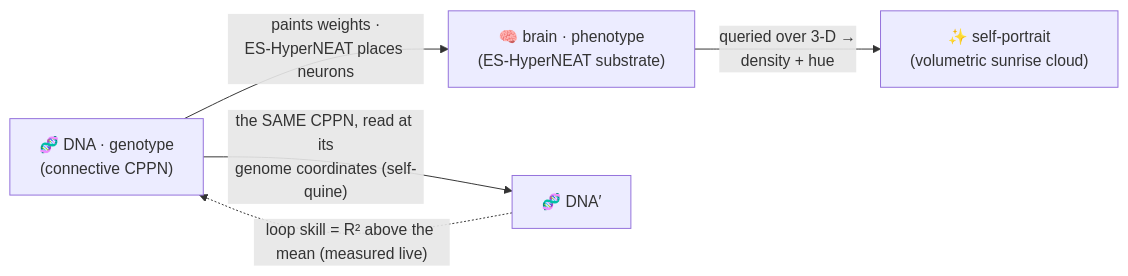
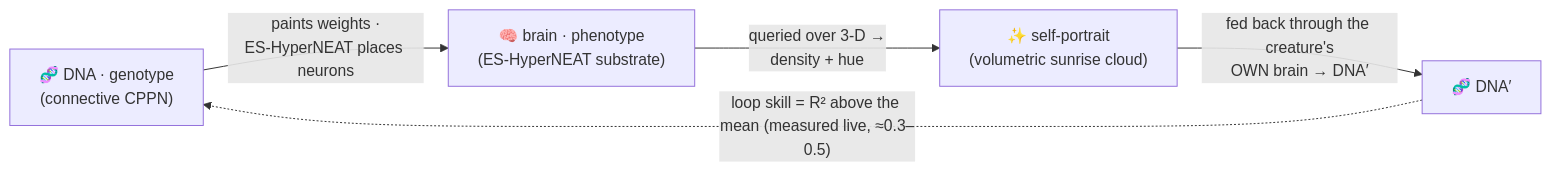
Before and after one commit to admiralakber/autograph: the first of 3 diagrams in docs/notes/architecture.md, drawn with Mermaid. The commit also changed other lines of this file and 6 other files, not shown here.

First line of the commit message:
docs: retell the loop as picture→brain→DNA′ (honest, humbler skill)

````diff
--- a/docs/notes/architecture.md
+++ b/docs/notes/architecture.md
@@ -37,7 +37,7 @@
 ```mermaid
 flowchart LR
   DNA["🧬 DNA · genotype<br/>(connective CPPN)"] -->|"paints weights ·<br/>ES-HyperNEAT places neurons"| PHENO["🧠 brain · phenotype<br/>(ES-HyperNEAT substrate)"]
   PHENO -->|"queried over 3-D →<br/>density + hue"| ART["✨ self-portrait<br/>(volumetric sunrise cloud)"]
-  DNA -->|"the SAME CPPN, read at its<br/>genome coordinates (self-quine)"| DNA2["🧬 DNA′"]
-  DNA2 -. "loop skill = R² above the mean (measured live)" .-> DNA
+  ART -->|"fed back through the creature's<br/>OWN brain → DNA′"| DNA2["🧬 DNA′"]
+  DNA2 -. "loop skill = R² above the mean (measured live, ≈0.3–0.5)" .-> DNA
 ```
````
